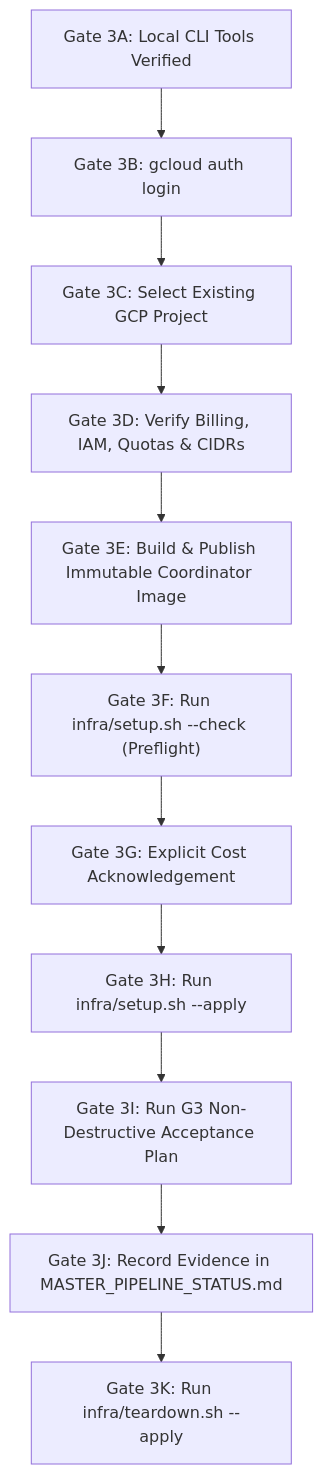
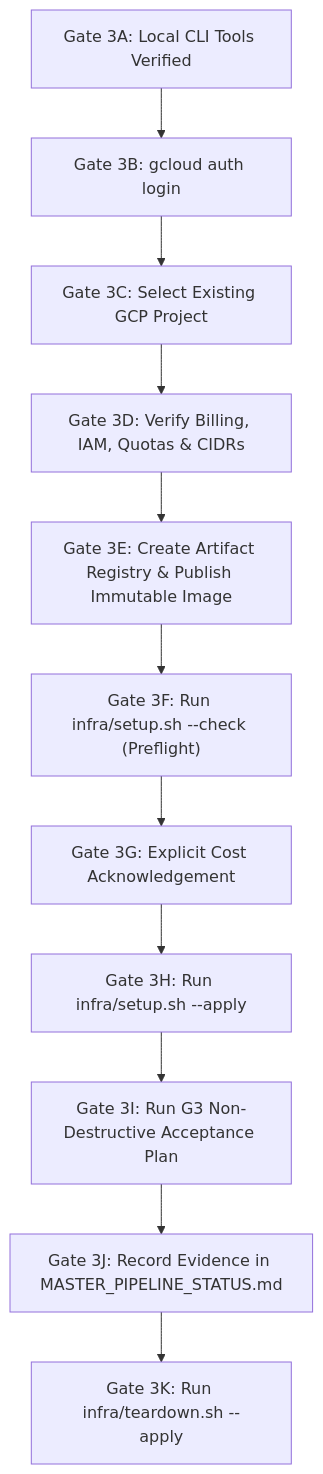
One commit to virajchoudhary/AtlasOps changed the diagram in docs/project/STAGE_3_OPERATOR_GUIDE.md. Above: the diagram before and after it, drawn with Mermaid. The commit also changed other lines of this file and 7 other files, not shown here.

````diff
--- a/docs/project/STAGE_3_OPERATOR_GUIDE.md
+++ b/docs/project/STAGE_3_OPERATOR_GUIDE.md
@@ -68,13 +68,13 @@
 ```mermaid
 flowchart TD
     G3A["Gate 3A: Local CLI Tools Verified"] --> G3B["Gate 3B: gcloud auth login"]
     G3B --> G3C["Gate 3C: Select Existing GCP Project"]
     G3C --> G3D["Gate 3D: Verify Billing, IAM, Quotas & CIDRs"]
-    G3D --> G3E["Gate 3E: Build & Publish Immutable Coordinator Image"]
+    G3D --> G3E["Gate 3E: Create Artifact Registry & Publish Immutable Image"]
     G3E --> G3F["Gate 3F: Run infra/setup.sh --check (Preflight)"]
     G3F --> G3G["Gate 3G: Explicit Cost Acknowledgement"]
     G3G --> G3H["Gate 3H: Run infra/setup.sh --apply"]
     G3H --> G3I["Gate 3I: Run G3 Non-Destructive Acceptance Plan"]
     G3I --> G3J["Gate 3J: Record Evidence in MASTER_PIPELINE_STATUS.md"]
     G3J --> G3K["Gate 3K: Run infra/teardown.sh --apply"]
 ```
````
